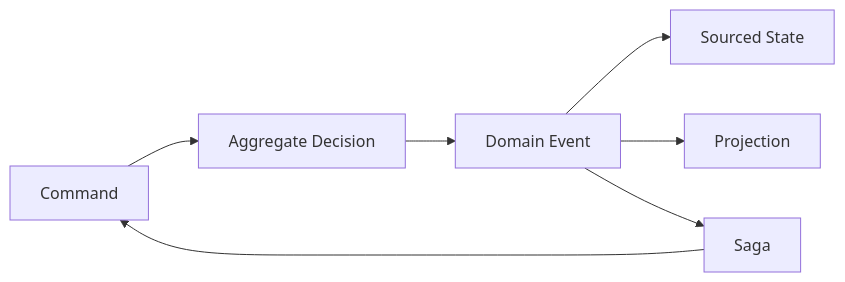
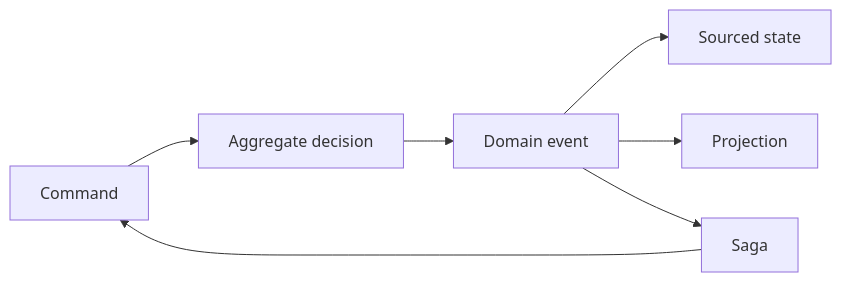
One commit to Ahoo-Wang/Wow changed the diagram in documentation/docs/en/articles/traditional-vs-wow-architecture.md. Above: the diagram before and after it, drawn with Mermaid. The commit also changed other lines of this file and 166 other files, not shown here.

````diff
--- a/documentation/docs/en/articles/traditional-vs-wow-architecture.md
+++ b/documentation/docs/en/articles/traditional-vs-wow-architecture.md
@@ -31,9 +36,9 @@
 ```mermaid
 flowchart LR
-    Command --> Aggregate[Aggregate Decision]
-    Aggregate --> Event[Domain Event]
-    Event --> State[Sourced State]
+    Command --> Aggregate[Aggregate decision]
+    Aggregate --> Event[Domain event]
+    Event --> State[Sourced state]
     Event --> Projection
     Event --> Saga
     Saga --> Command
 ```
````
